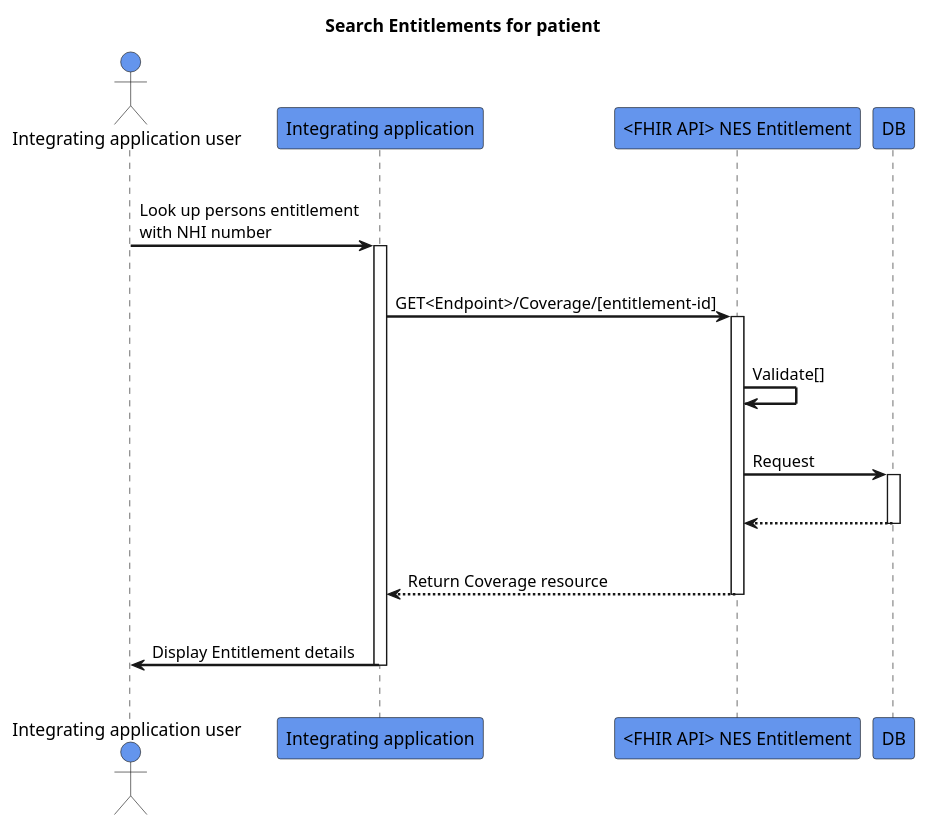
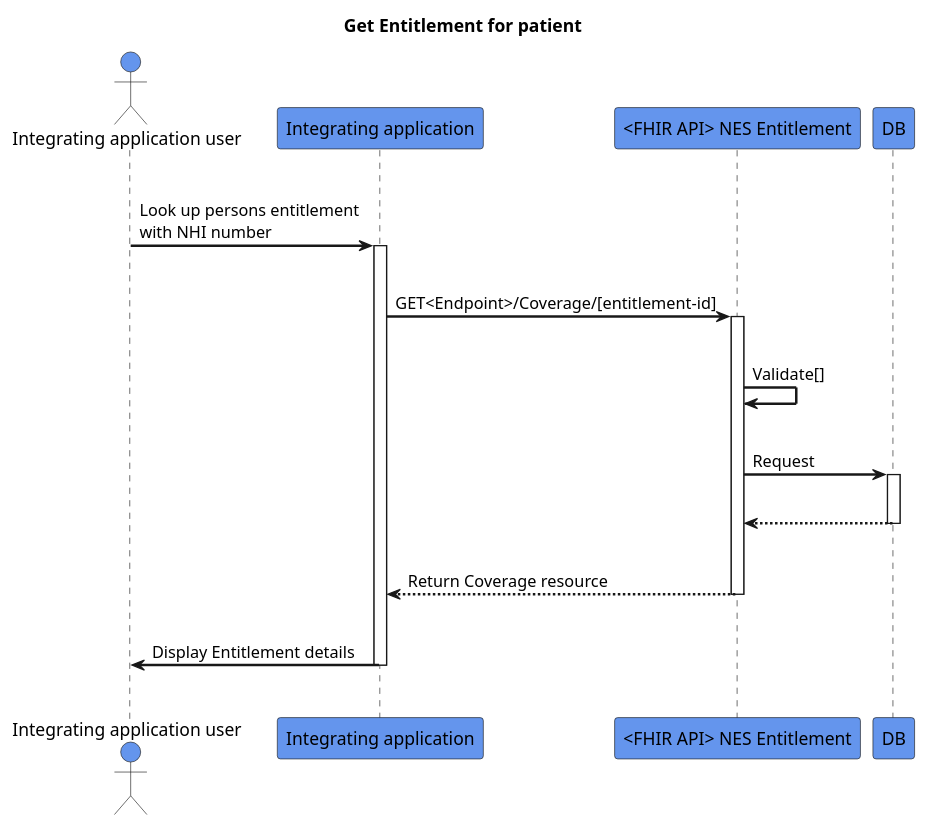
One commit to HL7NZ/nes-ig changed the diagram in input/images-source/get-entitlement.plantuml. Above: the diagram before and after it, drawn with PlantUML.

```diff
--- a/input/images-source/get-entitlement.plantuml
+++ b/input/images-source/get-entitlement.plantuml
@@ -1,32 +1,32 @@
 @startuml
 skinparam sequenceArrowThickness 2
 skinparam roundcorner 5
 skinparam maxmessagesize 180
 skinparam sequenceParticipant bold
-title Search Entitlements for patient
+title Get Entitlement for patient
 actor "Integrating application user" as User #CornflowerBlue
 participant "Integrating application" as A #CornflowerBlue
 participant "<FHIR API> NES Entitlement" as B #CornflowerBlue
 participant "DB" as C #CornflowerBlue
 |||
 User -> A: Look up persons entitlement with NHI number
 activate A
 |||
 A -> B: GET<Endpoint>/Coverage/[entitlement-id]
 activate B
 |||
 B -> B: Validate[]
 |||
 B -> C: Request
 activate C
 |||
 C -[dashed]-> B:  
 deactivate C
 |||
 B -[dashed]-> A :Return Coverage resource
 deactivate B
 |||
 A -> User: Display Entitlement details
 deactivate A
 |||
 @enduml
```
